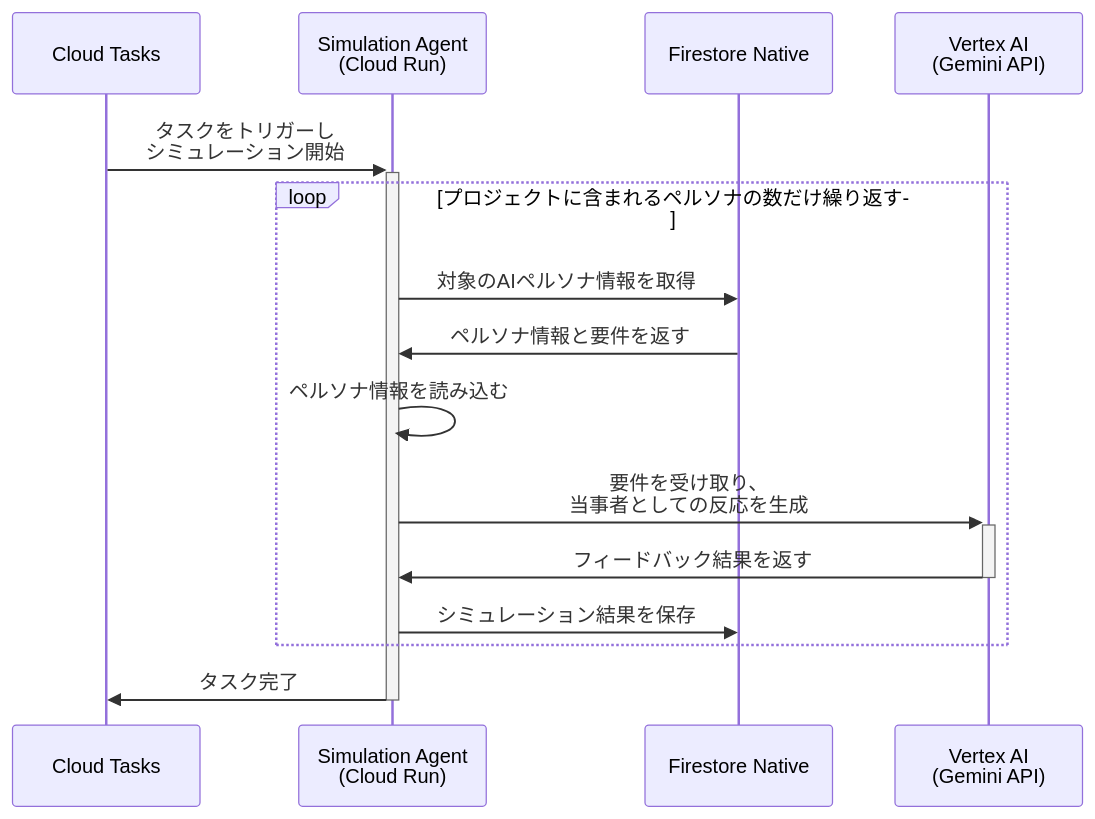
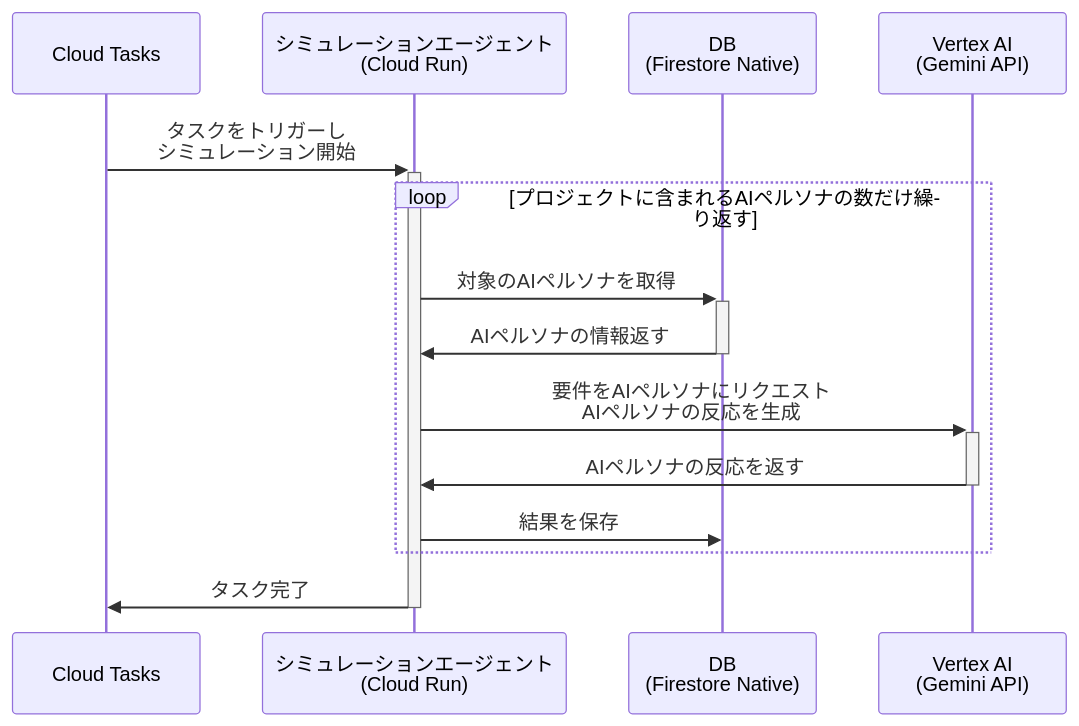
The second of 2 diagrams in README.md (teritamas/persona-ops), drawn with Mermaid before and after one commit. The commit also changed other lines of this file, not shown here.

Commit message:
refactor: replace HTMX triggers with native fetch requests and add simulation-started system action support

````diff
--- a/README.md
+++ b/README.md
@@ -67,20 +70,19 @@
 ```mermaid
 sequenceDiagram
     participant Tasks as Cloud Tasks
-    participant Agent as Simulation Agent<br/>(Cloud Run)
-    participant DB as Firestore Native
+    participant Agent as シミュレーションエージェント<br/>(Cloud Run)
+    participant DB as DB<br/>(Firestore Native)
     participant Gemini as Vertex AI<br/>(Gemini API)
 
     Tasks->>+Agent: タスクをトリガーし<br/>シミュレーション開始
 
-    loop プロジェクトに含まれるペルソナの数だけ繰り返す
-        Agent->>DB: 対象のAIペルソナ情報を取得
-        DB->>Agent: ペルソナ情報と要件を返す
-        Agent->>Agent: ペルソナ情報を読み込む
-        Agent->>+Gemini: 要件を受け取り、<br/>当事者としての反応を生成
-        Gemini->>-Agent: フィードバック結果を返す
-        Agent->>DB: シミュレーション結果を保存
+    loop プロジェクトに含まれるAIペルソナの数だけ繰り返す
+        Agent->>+DB: 対象のAIペルソナを取得
+        DB->>-Agent: AIペルソナの情報返す
+        Agent->>+Gemini: 要件をAIペルソナにリクエスト<br/>AIペルソナの反応を生成
+        Gemini->>-Agent: AIペルソナの反応を返す
+        Agent->>DB: 結果を保存
     end
 
     Agent->>-Tasks: タスク完了
 ```
````
